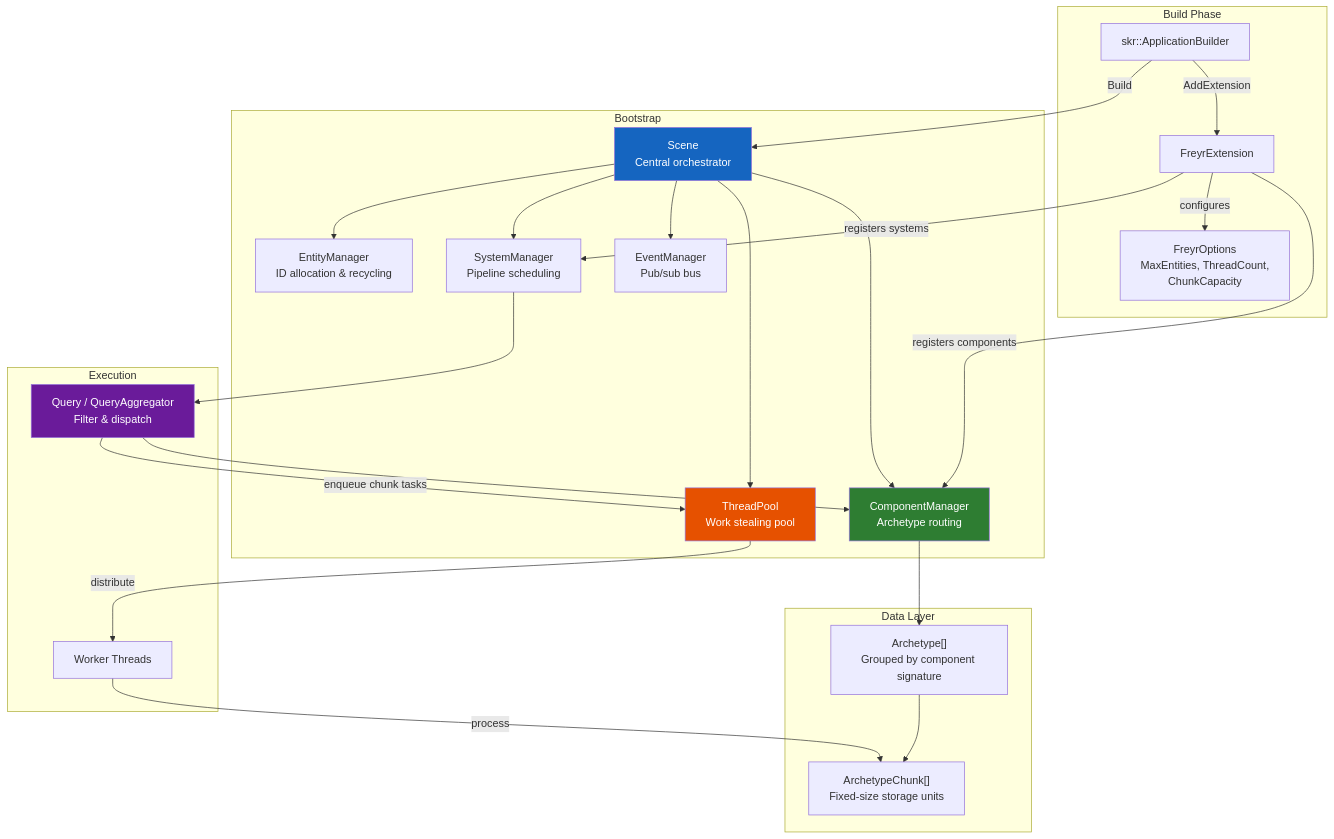
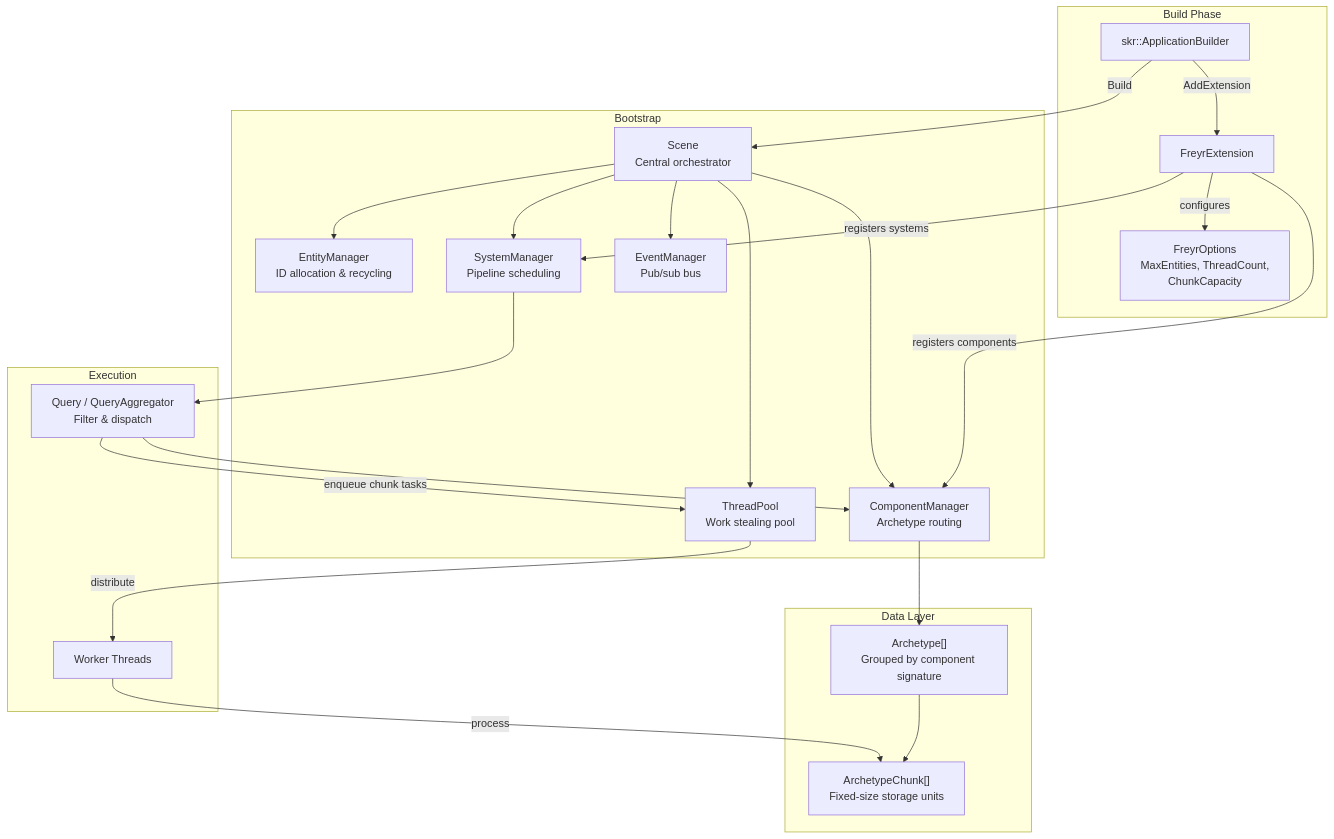
The first of 5 diagrams in docs/concepts/architecture.md (gilmar-sales/Freyr), drawn with Mermaid before and after one commit. The commit also changed other lines of this file and 8 other files, not shown here.

Commit message:
docs(diagrams): remove mermaid diagram styling directives

````diff
--- a/docs/concepts/architecture.md
+++ b/docs/concepts/architecture.md
@@ -5,53 +5,49 @@
 ```mermaid
 graph TB
     subgraph Build["Build Phase"]
         FB["skr::ApplicationBuilder"]
         FE["FreyrExtension"]
         OPT["FreyrOptions<br/>MaxEntities, ThreadCount,<br/>ChunkCapacity"]
     end
 
     subgraph Bootstrap["Bootstrap"]
         SC["Scene<br/>Central orchestrator"]
         CM["ComponentManager<br/>Archetype routing"]
         EM["EntityManager<br/>ID allocation &amp; recycling"]
         SM["SystemManager<br/>Pipeline scheduling"]
         EVM["EventManager<br/>Pub/sub bus"]
         TP["ThreadPool<br/>Work stealing pool"]
     end
 
     subgraph Storage["Data Layer"]
         ARCH["Archetype[]<br/>Grouped by component signature"]
         CHUNK["ArchetypeChunk[]<br/>Fixed-size storage units"]
     end
 
     subgraph Execution["Execution"]
         WORKERS["Worker Threads"]
         QUERY["Query / QueryAggregator<br/>Filter &amp; dispatch"]
     end
 
     FB -->|AddExtension| FE
     FE -->|registers components| CM
     FE -->|registers systems| SM
     FE -->|configures| OPT
 
     FB -->|Build| SC
     SC --> CM
     SC --> EM
     SC --> SM
     SC --> EVM
     SC --> TP
 
     CM --> ARCH
     ARCH --> CHUNK
 
     SM --> QUERY
     QUERY --> CM
     QUERY -->|enqueue chunk tasks| TP
     TP -->|distribute| WORKERS
     WORKERS -->|process| CHUNK
 
-    style SC fill:#1565C0,color:#fff
-    style CM fill:#2E7D32,color:#fff
-    style TP fill:#E65100,color:#fff
-    style QUERY fill:#6A1B9A,color:#fff
 ```
````
